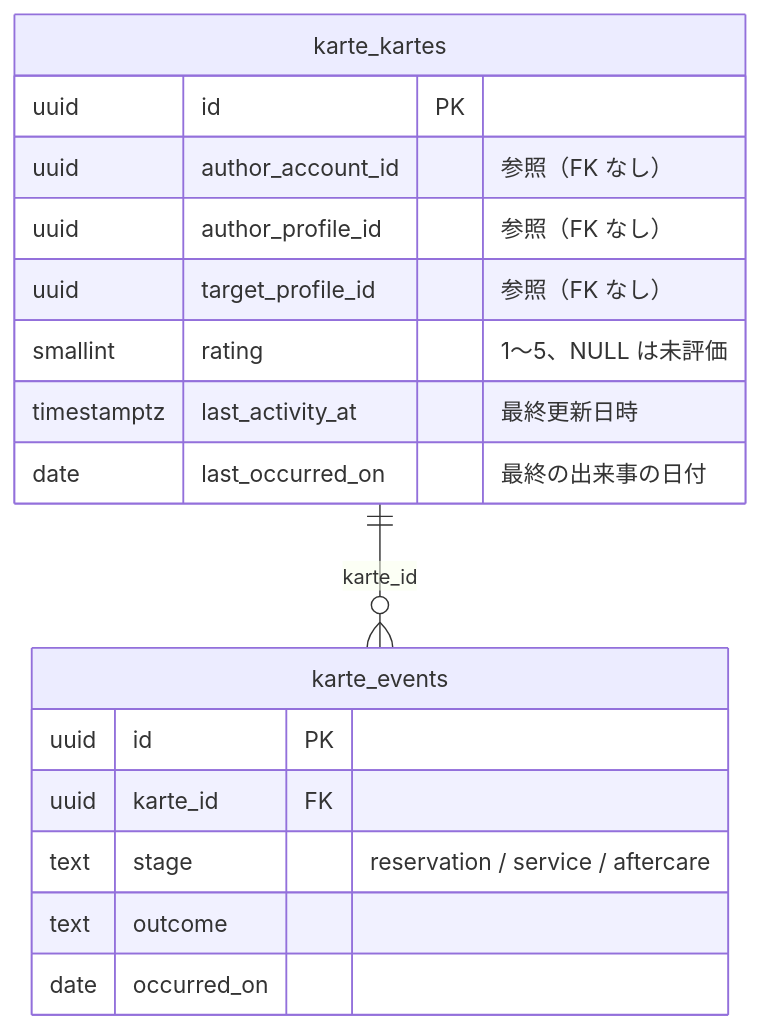
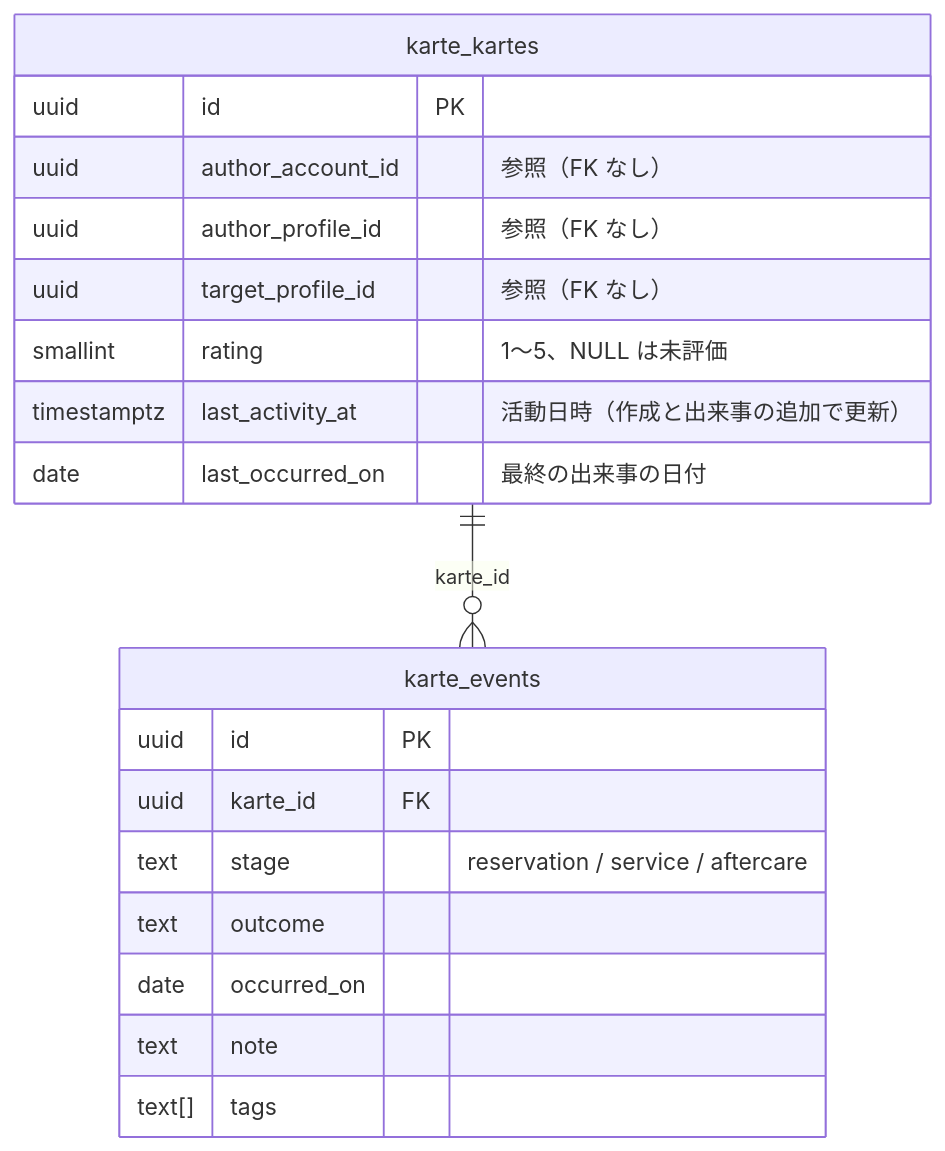
One commit to panicboat/monorepo changed diagram 12 of 14 in dystopia/docs/data-model.md. Above: the diagram before and after it, drawn with Mermaid. The commit also changed other lines of this file and 21 other files, not shown here.

````diff
--- a/dystopia/docs/data-model.md
+++ b/dystopia/docs/data-model.md
@@ -362,20 +375,22 @@
 ```mermaid
 erDiagram
     karte_kartes {
         uuid id PK
         uuid author_account_id "参照（FK なし）"
         uuid author_profile_id "参照（FK なし）"
         uuid target_profile_id "参照（FK なし）"
         smallint rating "1〜5、NULL は未評価"
-        timestamptz last_activity_at "最終更新日時"
+        timestamptz last_activity_at "活動日時（作成と出来事の追加で更新）"
         date last_occurred_on "最終の出来事の日付"
     }
     karte_events {
         uuid id PK
         uuid karte_id FK
         text stage "reservation / service / aftercare"
         text outcome
         date occurred_on
+        text note
+        text[] tags
     }
     karte_kartes ||--o{ karte_events : "karte_id"
 ```
````
